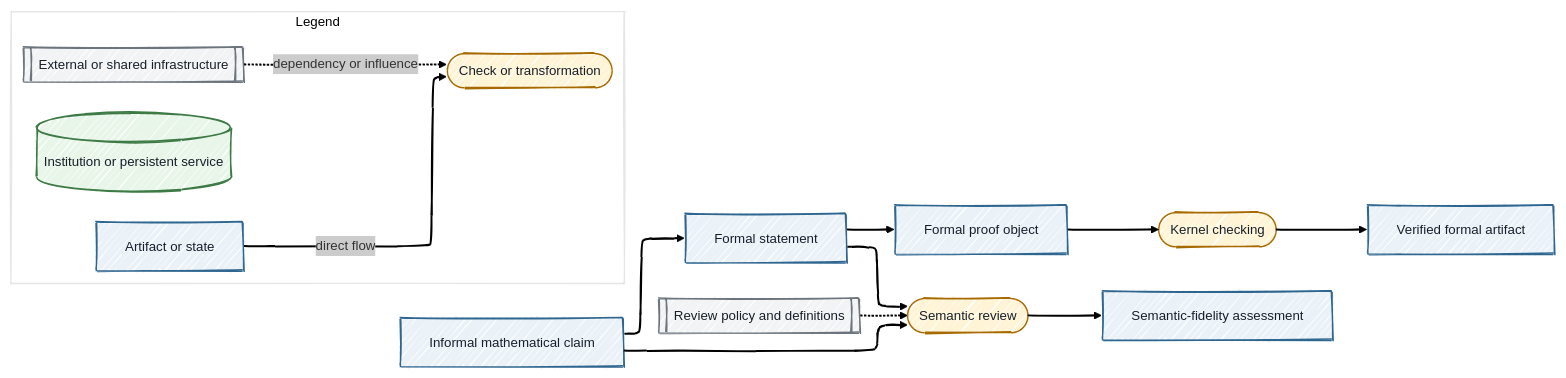
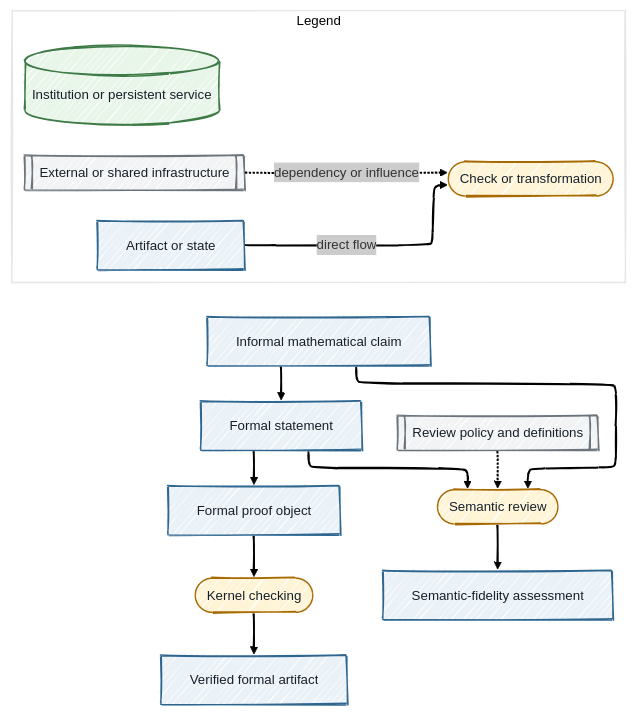
Before and after one commit to antomon/antomon.github.io: the fourth of 11 diagrams in posts/after-proof-abundance-palomar-and-the-new-infrastructure-of-mathematical-trust/index.qmd, drawn with Mermaid. The commit also changed other lines of this file and 94 other files, not shown here.

````diff
--- a/posts/after-proof-abundance-palomar-and-the-new-infrastructure-of-mathematical-trust/index.qmd
+++ b/posts/after-proof-abundance-palomar-and-the-new-infrastructure-of-mathematical-trust/index.qmd
@@ -236,28 +250,32 @@
 ```{mermaid}
 %%| label: fig-after-proof-abundance-palomar-and-the-new-infrastructure-of-mathematical-trust-semantic-gap
 %%| fig-cap: 'Formal derivation and semantic fidelity occupy different parts of the assurance problem.'
 %%| fig-alt: 'An informal mathematical claim is interpreted into a formal statement. A formal proof object is checked against that statement by a kernel, producing a verified formal artifact. Semantic review examines the relationship between the informal claim and the formal statement. A legend identifies artifacts, checks, institutions, external infrastructure, and arrow meanings.'
 %%| fig-align: center
 %%{init: {"theme": "neo", "look": "handDrawn", "layout": "elk"}}%%
-flowchart LR
+flowchart TD
     I[Informal mathematical claim]:::artifact --> T[Formal statement]:::artifact
     T --> P[Formal proof object]:::artifact
     P --> K([Kernel checking]):::process
     K --> V[Verified formal artifact]:::artifact
 
     I --> S([Semantic review]):::process
     T --> S
     S --> A[Semantic-fidelity assessment]:::artifact
     POL[[Review policy and definitions]]:::external -.-> S
 
     subgraph LEG[Legend]
+        direction LR
+
         LA[Artifact or state]:::artifact -->|direct flow| LP([Check or transformation]):::process
         LI[(Institution or persistent service)]:::institution
         LX[[External or shared infrastructure]]:::external -.->|dependency or influence| LP
     end
+
+    LEG ~~~ I
 
     classDef artifact fill:#EAF2F8,stroke:#2F6690,color:#17202A,stroke-width:1.5px
     classDef process fill:#FFF4D6,stroke:#A66A00,color:#17202A,stroke-width:1.5px
     classDef institution fill:#E8F5E9,stroke:#3D7A45,color:#17202A,stroke-width:1.5px
     classDef external fill:#F2F3F4,stroke:#6C757D,color:#17202A,stroke-width:1.5px
 ```
````
